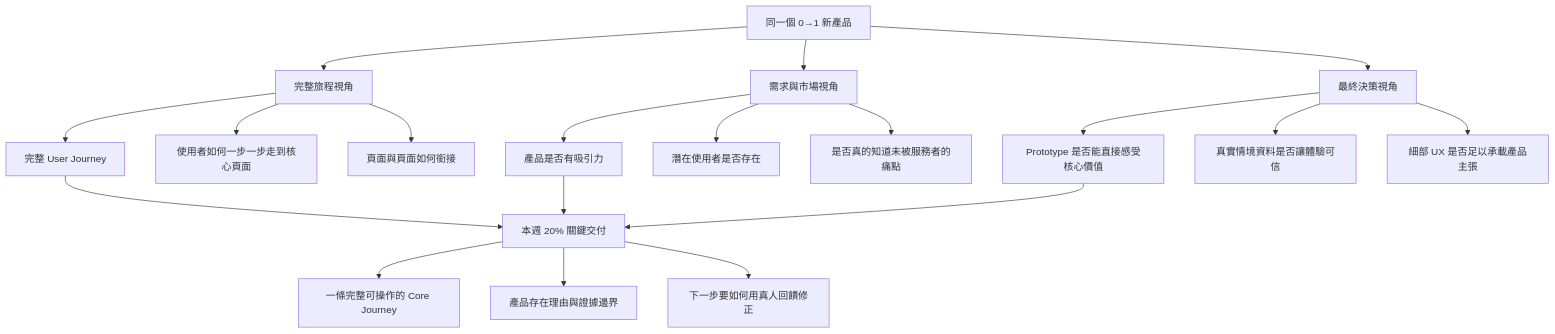
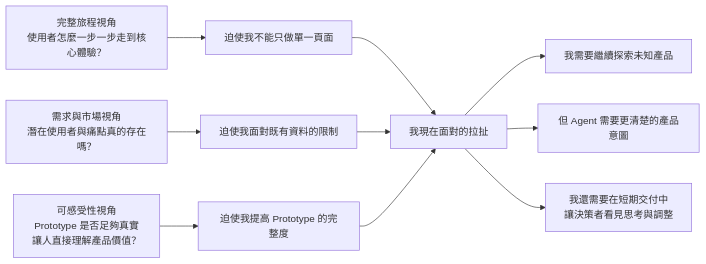
One commit to WilliamCHIU-ETH/3week-mental-map changed the third of 4 diagrams in README.md. Above: the diagram before and after it, drawn with Mermaid. The commit also changed other lines of this file, not shown here.

Commit message:
Rebuild mental map around thought journey

````diff
--- a/README.md
+++ b/README.md
@@ -151,25 +68,14 @@
 ```mermaid
-flowchart TB
-    P["同一個 0→1 新產品"] --> A["完整旅程視角"]
-    P --> B["需求與市場視角"]
-    P --> C["最終決策視角"]
+flowchart LR
+    A["完整旅程視角<br/>使用者怎麼一步一步走到核心體驗？"] --> D["迫使我不能只做單一頁面"]
+    B["需求與市場視角<br/>潛在使用者與痛點真的存在嗎？"] --> E["迫使我面對既有資料的限制"]
+    C["可感受性視角<br/>Prototype 是否足夠真實<br/>讓人直接理解產品價值？"] --> F["迫使我提高 Prototype 的完整度"]
 
-    A --> A1["完整 User Journey"]
-    A --> A2["使用者如何一步一步走到核心頁面"]
-    A --> A3["頁面與頁面如何銜接"]
+    D --> G["我現在面對的拉扯"]
+    E --> G
+    F --> G
 
-    B --> B1["產品是否有吸引力"]
-    B --> B2["潛在使用者是否存在"]
-    B --> B3["是否真的知道未被服務者的痛點"]
-
-    C --> C1["Prototype 是否能直接感受核心價值"]
-    C --> C2["真實情境資料是否讓體驗可信"]
-    C --> C3["細部 UX 是否足以承載產品主張"]
-
-    A1 --> D["本週 20% 關鍵交付"]
-    B1 --> D
-    C1 --> D
-    D --> D1["一條完整可操作的 Core Journey"]
-    D --> D2["產品存在理由與證據邊界"]
-    D --> D3["下一步要如何用真人回饋修正"]
+    G --> H["我需要繼續探索未知產品"]
+    G --> I["但 Agent 需要更清楚的產品意圖"]
+    G --> J["我還需要在短期交付中<br/>讓決策者看見思考與調整"]
 ```
````
